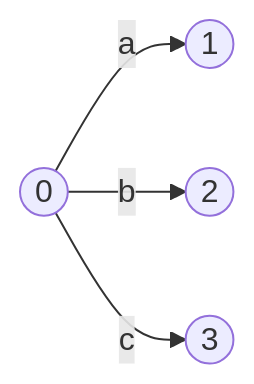
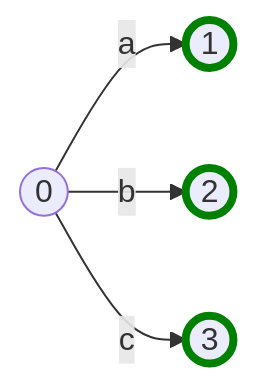
Diagram 12 of 14 in personal-site/content/series/making regex from scratch in GO/09-Groups.md (LeweyM/LeweyM.github.io), drawn with Mermaid before and after one commit. The commit also changed other lines of this file and 2 other files, not shown here.

````diff
--- a/personal-site/content/series/making regex from scratch in GO/09-Groups.md
+++ b/personal-site/content/series/making regex from scratch in GO/09-Groups.md
@@ -683,7 +687,10 @@
 ```mermaid
 
 graph LR 
 0((0)) --"a"--> 1((1)) 
 0((0)) --"b"--> 2((2))
 0((0)) --"c"--> 3((3))
+	style 1 stroke:green,stroke-width:4px;
+		style 2 stroke:green,stroke-width:4px;
+			style 3 stroke:green,stroke-width:4px;
 ```
````
